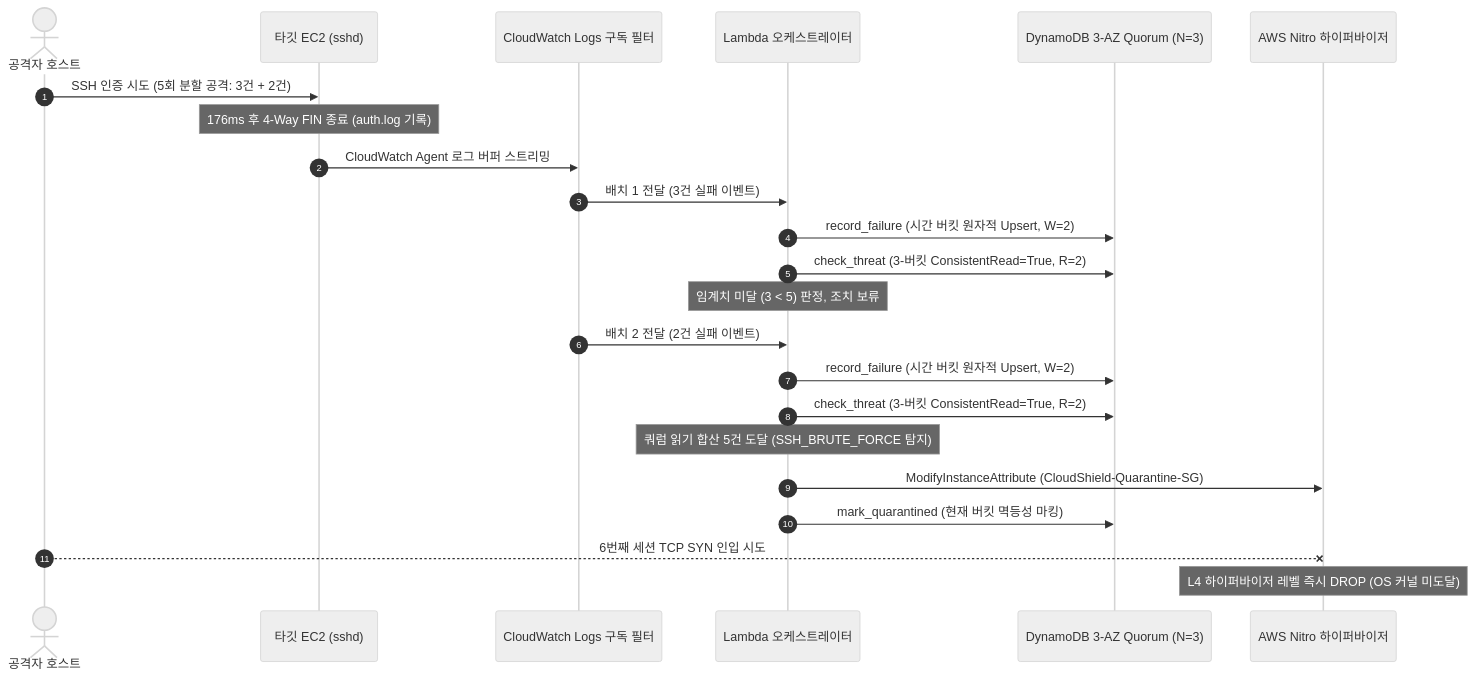
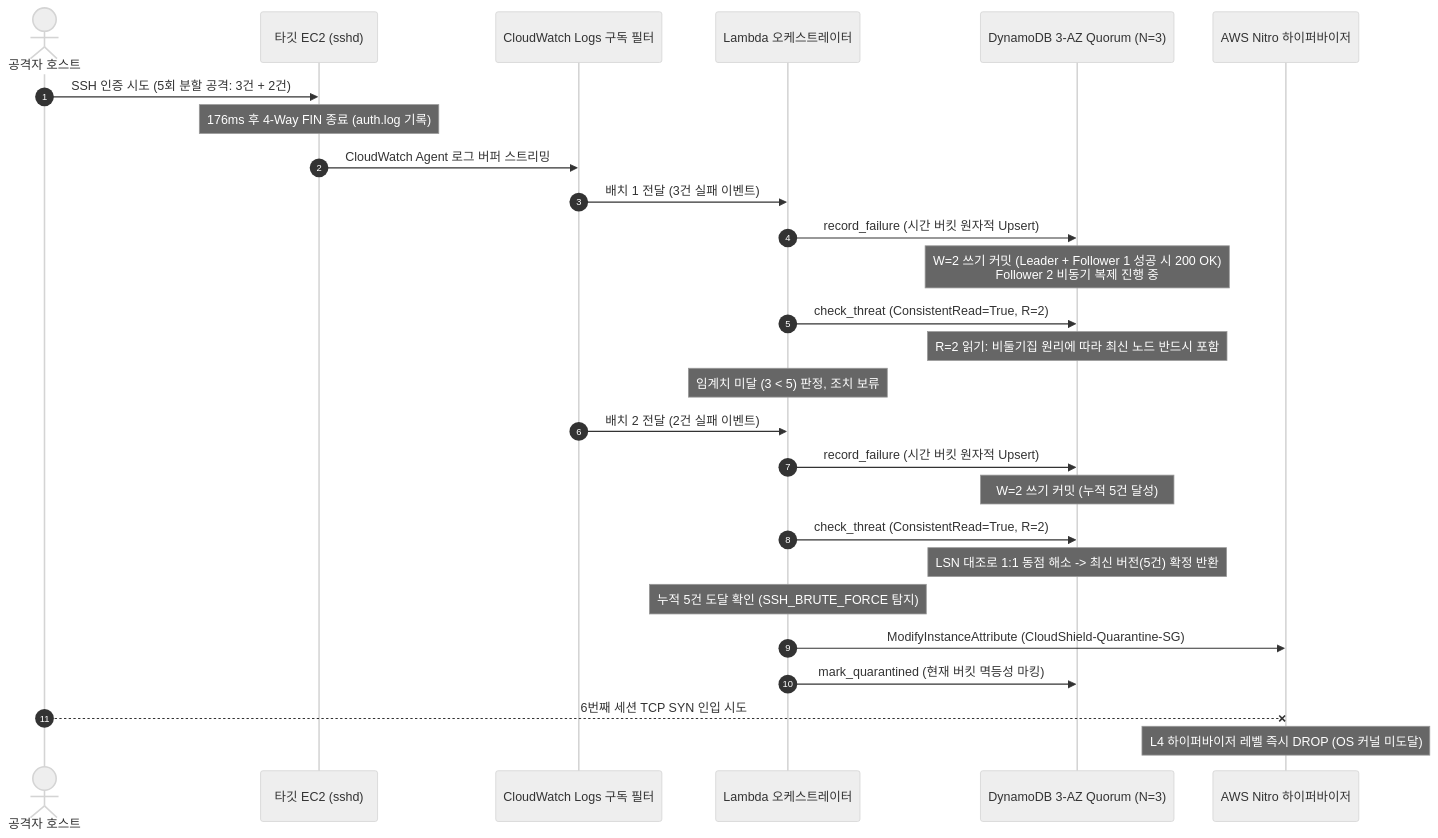
One commit to mmmphyun/security-agent-toolkit changed the diagram in docs/posts/proj-aleph-project-04-dynamodb-quorum-sliding-window.md. Above: the diagram before and after it, drawn with Mermaid (neutral theme). The commit also changed other lines of this file, not shown here.

Commit message:
refactor(aleph): 다이어그램 쿼럼 시인성 개선 및 본문 윤문 미세 조정

````diff
--- a/docs/posts/proj-aleph-project-04-dynamodb-quorum-sliding-window.md
+++ b/docs/posts/proj-aleph-project-04-dynamodb-quorum-sliding-window.md
@@ -25,30 +25,34 @@
 ```mermaid
 sequenceDiagram
     autonumber
     actor Attacker as 공격자 호스트
     participant Target as 타깃 EC2 (sshd)
     participant CWLogs as CloudWatch Logs 구독 필터
     participant Worker as Lambda 오케스트레이터
     participant DynamoDB as DynamoDB 3-AZ Quorum (N=3)
     participant Nitro as AWS Nitro 하이퍼바이저
 
     Attacker->>Target: SSH 인증 시도 (5회 분할 공격: 3건 + 2건)
     Note over Target: 176ms 후 4-Way FIN 종료 (auth.log 기록)
     Target->>CWLogs: CloudWatch Agent 로그 버퍼 스트리밍
 
     CWLogs->>Worker: 배치 1 전달 (3건 실패 이벤트)
-    Worker->>DynamoDB: record_failure (시간 버킷 원자적 Upsert, W=2)
-    Worker->>DynamoDB: check_threat (3-버킷 ConsistentRead=True, R=2)
+    Worker->>DynamoDB: record_failure (시간 버킷 원자적 Upsert)
+    Note over DynamoDB: W=2 쓰기 커밋 (Leader + Follower 1 성공 시 200 OK)<br/>Follower 2 비동기 복제 진행 중
+    Worker->>DynamoDB: check_threat (ConsistentRead=True, R=2)
+    Note over DynamoDB: R=2 읽기: 비둘기집 원리에 따라 최신 노드 반드시 포함
     Note over Worker: 임계치 미달 (3 < 5) 판정, 조치 보류
 
     CWLogs->>Worker: 배치 2 전달 (2건 실패 이벤트)
-    Worker->>DynamoDB: record_failure (시간 버킷 원자적 Upsert, W=2)
-    Worker->>DynamoDB: check_threat (3-버킷 ConsistentRead=True, R=2)
-    Note over Worker: 쿼럼 읽기 합산 5건 도달 (SSH_BRUTE_FORCE 탐지)
+    Worker->>DynamoDB: record_failure (시간 버킷 원자적 Upsert)
+    Note over DynamoDB: W=2 쓰기 커밋 (누적 5건 달성)
+    Worker->>DynamoDB: check_threat (ConsistentRead=True, R=2)
+    Note over DynamoDB: LSN 대조로 1:1 동점 해소 -> 최신 버전(5건) 확정 반환
+    Note over Worker: 누적 5건 도달 확인 (SSH_BRUTE_FORCE 탐지)
 
     Worker->>Nitro: ModifyInstanceAttribute (CloudShield-Quarantine-SG)
     Worker->>DynamoDB: mark_quarantined (현재 버킷 멱등성 마킹)
     
     Attacker--xNitro: 6번째 세션 TCP SYN 인입 시도
     Note over Nitro: L4 하이퍼바이저 레벨 즉시 DROP (OS 커널 미도달)
 ```
````
